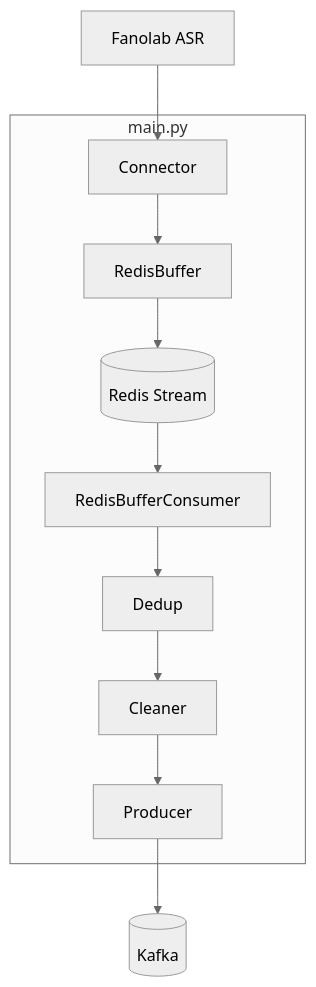
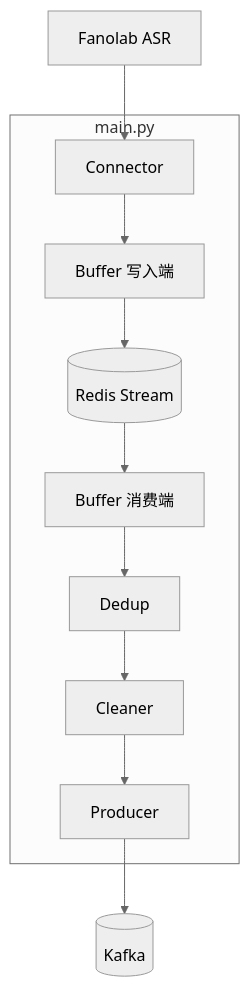
The second of 2 diagrams in README.md (xiaodouya001/transcribe_service), drawn with Mermaid (neutral theme) before and after one commit. The commit also changed other lines of this file, not shown here.

Commit message:
Revise README to enhance clarity on architecture and roles, update module descriptions, and improve flowcharts for direct and buffer modes.

````diff
--- a/README.md
+++ b/README.md
@@ -57,19 +70,19 @@
 ```mermaid
 flowchart TB
     subgraph Main [main.py]
         Connector[Connector]
-        Buffer[RedisBuffer]
-        Consumer[RedisBufferConsumer]
+        BufferWrite[Buffer 写入端]
+        BufferRead[Buffer 消费端]
         Dedup[Dedup]
         Cleaner[Cleaner]
         Producer[Producer]
-        Connector --> Buffer
-        Buffer --> Redis[(Redis Stream)]
-        Redis --> Consumer
-        Consumer --> Dedup
+        Connector --> BufferWrite
+        BufferWrite --> Redis[(Redis Stream)]
+        Redis --> BufferRead
+        BufferRead --> Dedup
         Dedup --> Cleaner
         Cleaner --> Producer
     end
     ASR[Fanolab ASR] --> Connector
     Producer --> Kafka[(Kafka)]
 ```
````
